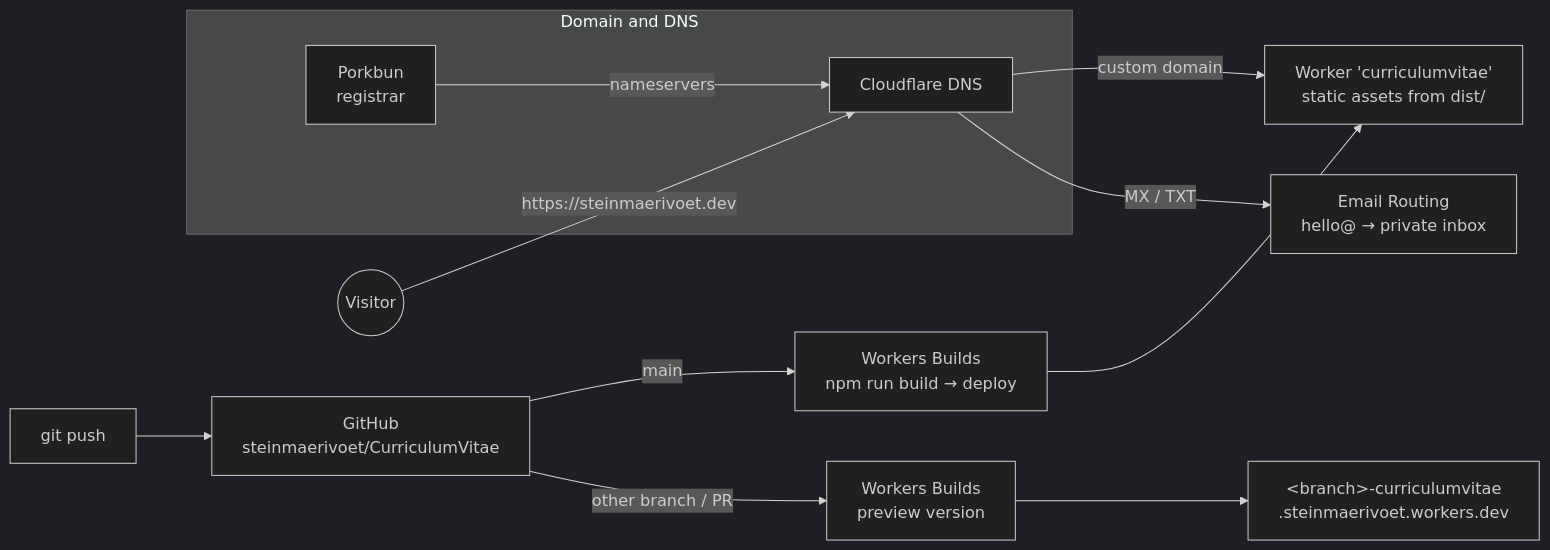
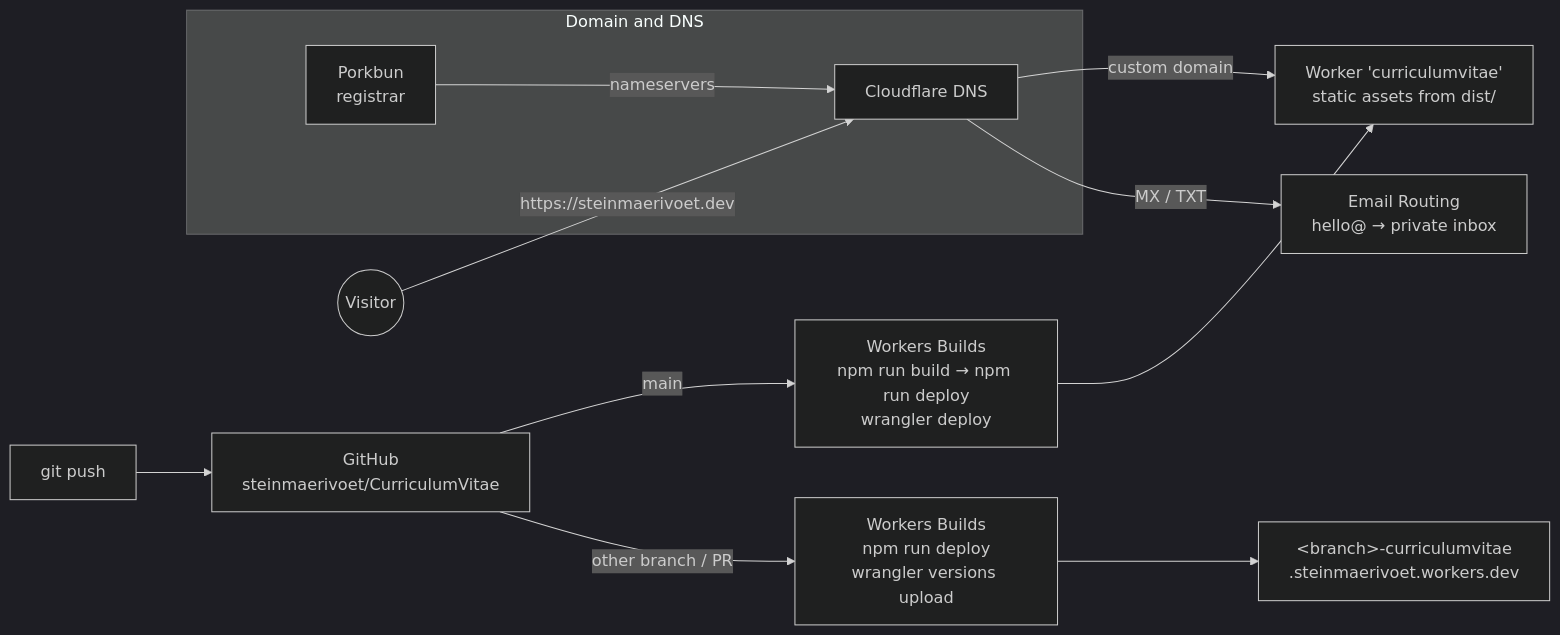
Before and after one commit to steinmaerivoet/CurriculumVitae: the tenth of 10 diagrams in docs/ARCHITECTURE.md, drawn with Mermaid (dark theme). The commit also changed 5 other files, not shown here.

````diff
--- a/docs/ARCHITECTURE.md
+++ b/docs/ARCHITECTURE.md
@@ -432,16 +432,16 @@
 ```mermaid
 flowchart LR
   dev["git push"] --> gh["GitHub<br/>steinmaerivoet/CurriculumVitae"]
-  gh -- "main" --> prod["Workers Builds<br/>npm run build → deploy"]
-  gh -- "other branch / PR" --> prev["Workers Builds<br/>preview version"]
+  gh -- "main" --> prod["Workers Builds<br/>npm run build → npm run deploy<br/>wrangler deploy"]
+  gh -- "other branch / PR" --> prev["Workers Builds<br/>npm run deploy<br/>wrangler versions upload"]
   prod --> worker["Worker 'curriculumvitae'<br/>static assets from dist/"]
   prev --> pv["&lt;branch&gt;-curriculumvitae<br/>.steinmaerivoet.workers.dev"]
 
   subgraph dns["Domain and DNS"]
     pork["Porkbun<br/>registrar"] -- "nameservers" --> cf["Cloudflare DNS"]
   end
   cf -- "custom domain" --> worker
   cf -- "MX / TXT" --> mail["Email Routing<br/>hello@ → private inbox"]
 
   visitor(("Visitor")) -- "https://steinmaerivoet.dev" --> cf
 ```
````
